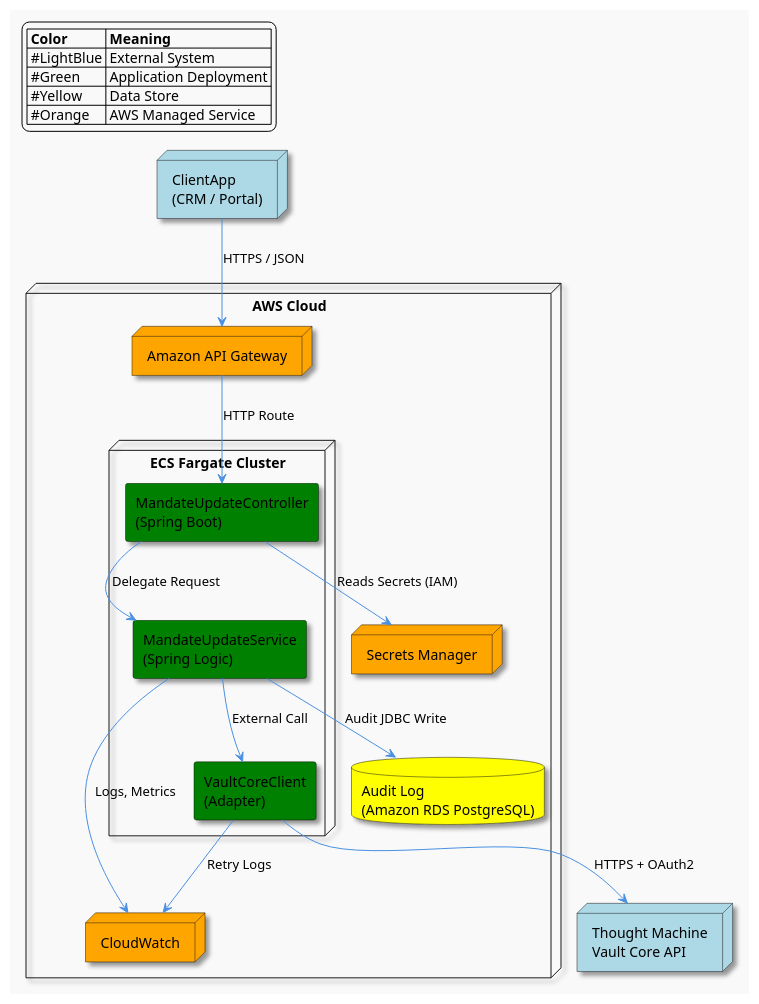
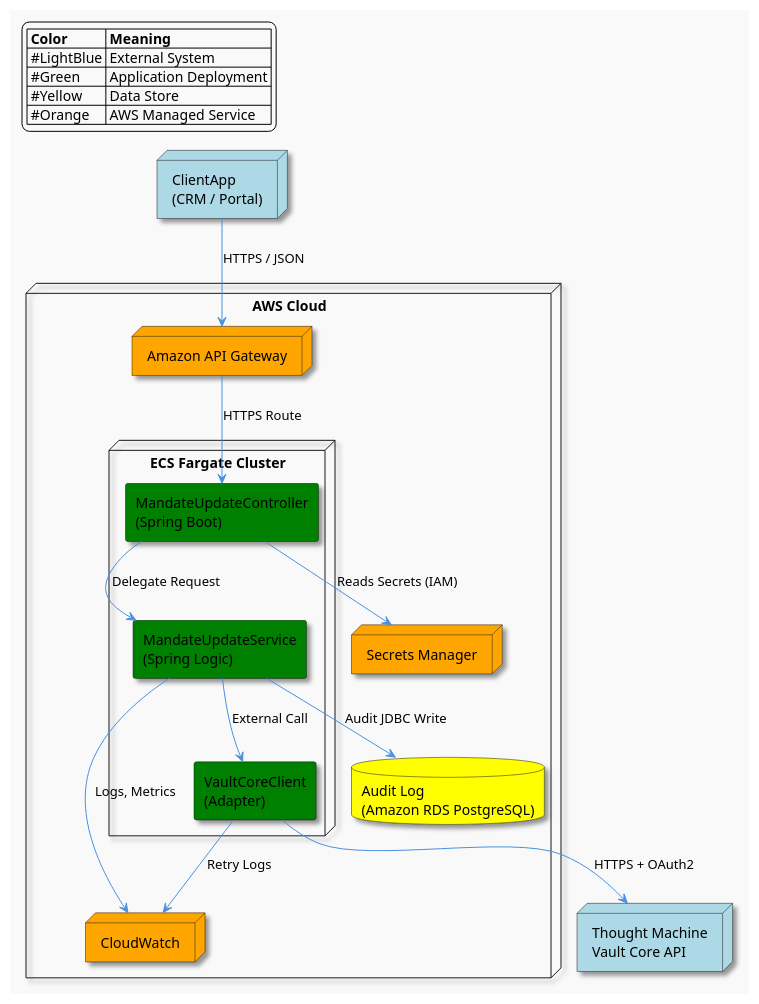
Before and after one commit to chillisurfer-one/aac-direct-debit-update: the diagram in architecture/DirectDebitMandateUpdateArchitecureDeploymentDiagram.puml, drawn with PlantUML.

```diff
--- a/architecture/DirectDebitMandateUpdateArchitecureDeploymentDiagram.puml
+++ b/architecture/DirectDebitMandateUpdateArchitecureDeploymentDiagram.puml
@@ -1,48 +1,48 @@
 @startuml DirectDebitMandateUpdateDeployment
 skinparam backgroundColor #F9F9F9
 skinparam defaultFontName "Consolas"
 skinparam ArrowColor #4A90E2
 skinparam componentStyle rectangle
 skinparam Shadowing true
 
 ' === Legend ===
 legend top left
 |= Color |= Meaning |
 | #LightBlue | External System |
 | #Green | Application Deployment |
 | #Yellow | Data Store |
 | #Orange | AWS Managed Service |
 endlegend
 
 ' === Nodes ===
 node "ClientApp\n(CRM / Portal)" as ClientApp #LightBlue
 
 node "AWS Cloud" {
   node "Amazon API Gateway" as ApiGateway #Orange
   node "Secrets Manager" as Secrets #Orange
   node "CloudWatch" as Monitoring #Orange
 
   node "ECS Fargate Cluster" {
     component "MandateUpdateController\n(Spring Boot)" as WebAPI #Green
     component "MandateUpdateService\n(Spring Logic)" as ServiceLayer #Green
     component "VaultCoreClient\n(Adapter)" as AdapterClient #Green
   }
 
   database "Audit Log\n(Amazon RDS PostgreSQL)" as AuditStore #Yellow
 }
 
 node "Thought Machine\nVault Core API" as ThoughtMachine #LightBlue
 
 ' === Relationships ===
 ClientApp --> ApiGateway : HTTPS / JSON
-ApiGateway --> WebAPI : HTTP Route
+ApiGateway --> WebAPI : HTTPS Route
 WebAPI --> ServiceLayer : Delegate Request
 ServiceLayer --> AdapterClient : External Call
 AdapterClient --> ThoughtMachine : HTTPS + OAuth2
 
 WebAPI --> Secrets : Reads Secrets (IAM)
 ServiceLayer --> Monitoring : Logs, Metrics
 AdapterClient --> Monitoring : Retry Logs
 ServiceLayer --> AuditStore : Audit JDBC Write
 
 @enduml
```
